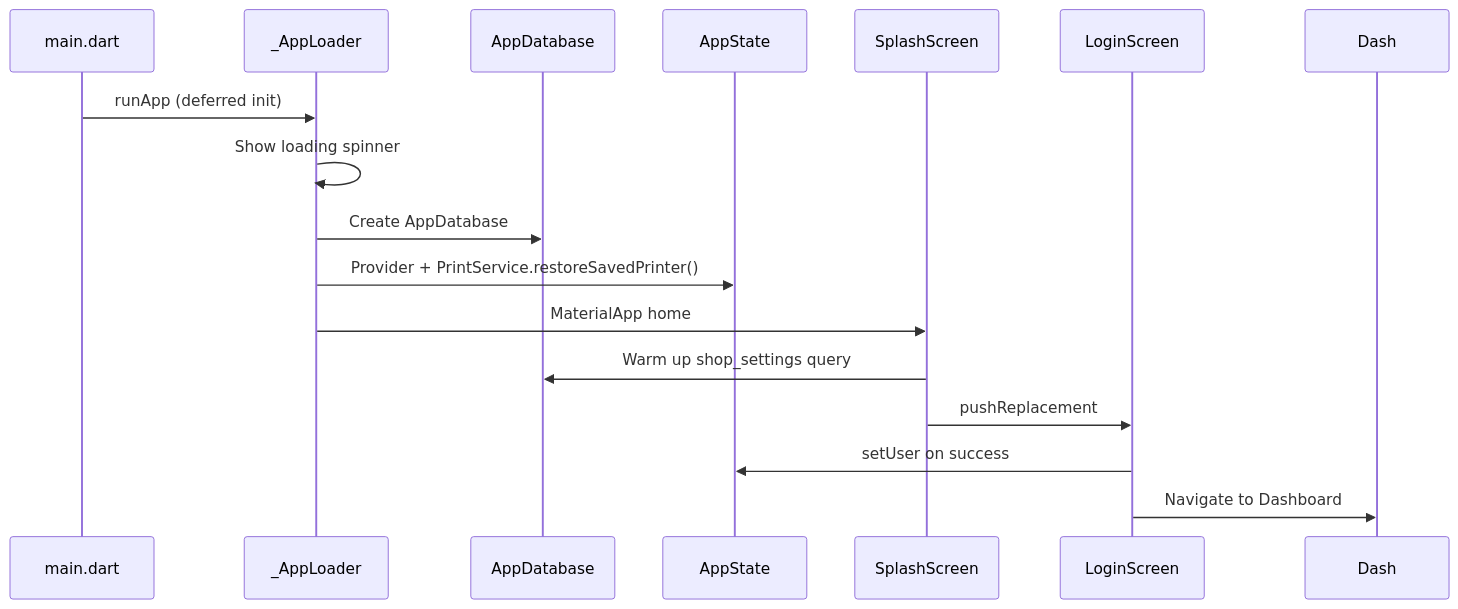
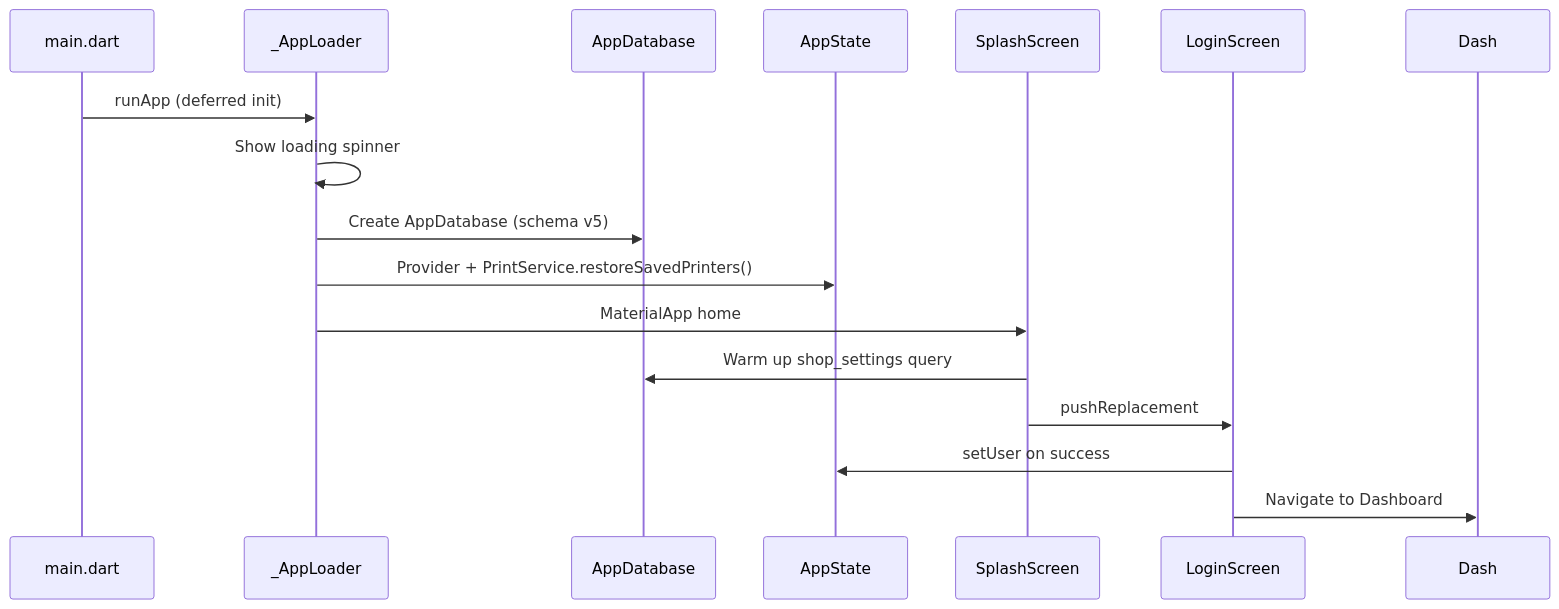
Before and after one commit to raghavendra-k021/bill-service: the second of 10 diagrams in ARCHITECTURE.md, drawn with Mermaid. The commit also changed other lines of this file and 27 other files, not shown here.

````diff
--- a/ARCHITECTURE.md
+++ b/ARCHITECTURE.md
@@ -65,19 +79,19 @@
 ```mermaid
 sequenceDiagram
     participant M as main.dart
     participant L as _AppLoader
     participant DB as AppDatabase
     participant AS as AppState
     participant S as SplashScreen
     participant Login as LoginScreen
 
     M->>L: runApp (deferred init)
     L->>L: Show loading spinner
-    L->>DB: Create AppDatabase
-    L->>AS: Provider + PrintService.restoreSavedPrinter()
+    L->>DB: Create AppDatabase (schema v5)
+    L->>AS: Provider + PrintService.restoreSavedPrinters()
     L->>S: MaterialApp home
     S->>DB: Warm up shop_settings query
     S->>Login: pushReplacement
     Login->>AS: setUser on success
     Login->>Dash: Navigate to Dashboard
 ```
````
